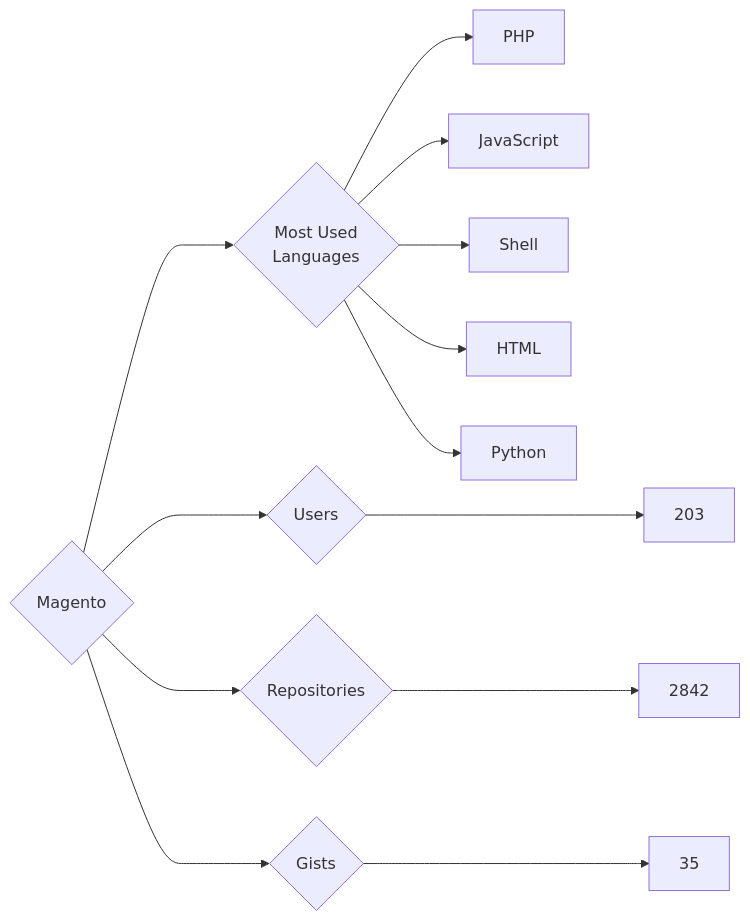
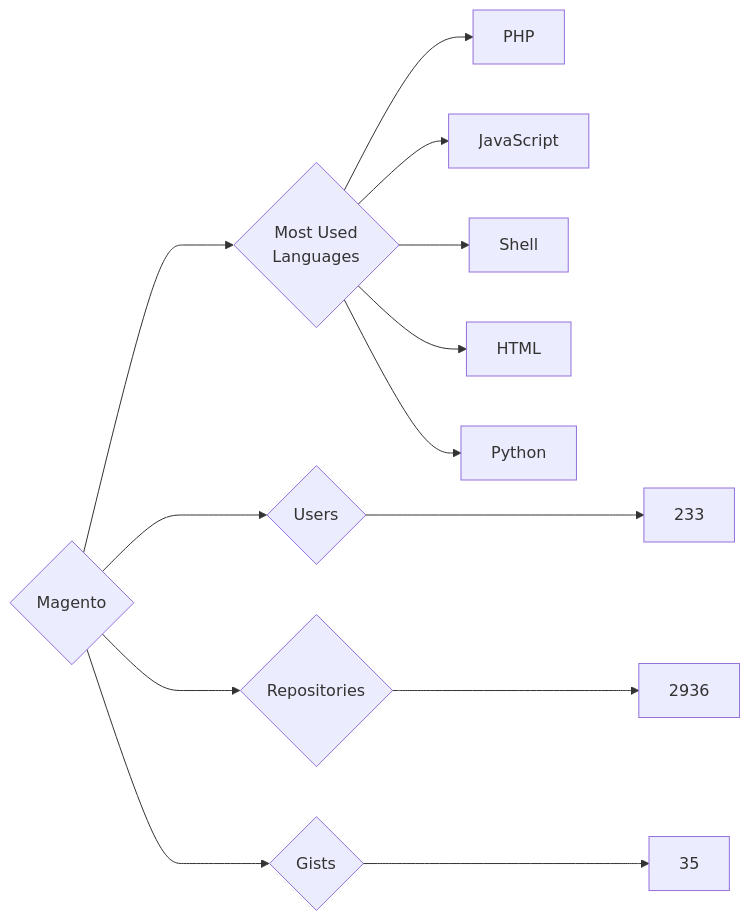
One commit to trickest/insiders changed the diagram in targets/Magento/README.md. Above: the diagram before and after it, drawn with Mermaid. The commit also changed 965 other files, not shown here.

````diff
--- a/targets/Magento/README.md
+++ b/targets/Magento/README.md
@@ -3,13 +3,13 @@
 ```mermaid
 graph LR
 COMPANY_NAME{Magento}
-COMPANY_NAME ---> U{Users} ---> UN[203]
-COMPANY_NAME ---> R{Repositories} ---> RN[2842]
+COMPANY_NAME ---> U{Users} ---> UN[233]
+COMPANY_NAME ---> R{Repositories} ---> RN[2936]
 COMPANY_NAME ---> G{Gists} ---> GN[35]
 COMPANY_NAME ---> ML{Most Used<br>Languages}
 ML --> PHP[PHP]
 ML --> JavaScript[JavaScript]
 ML --> Shell[Shell]
 ML --> HTML[HTML]
 ML --> Python[Python]
 ```
````
